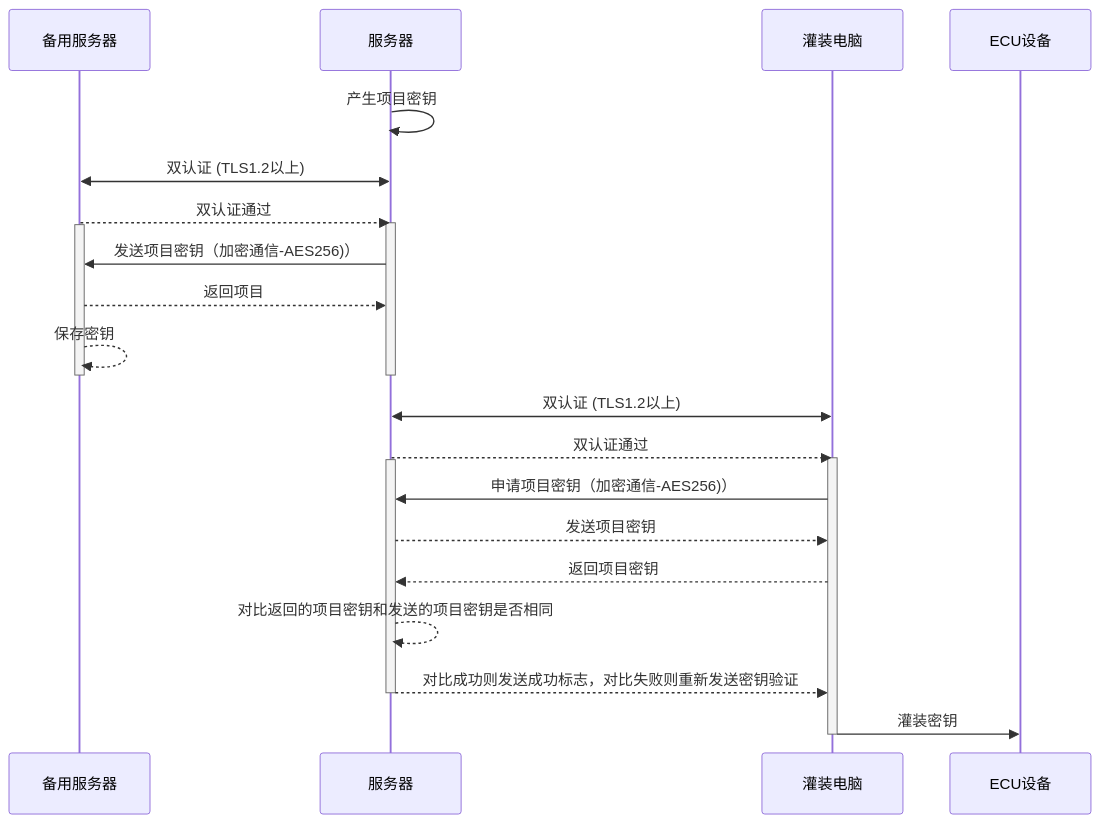
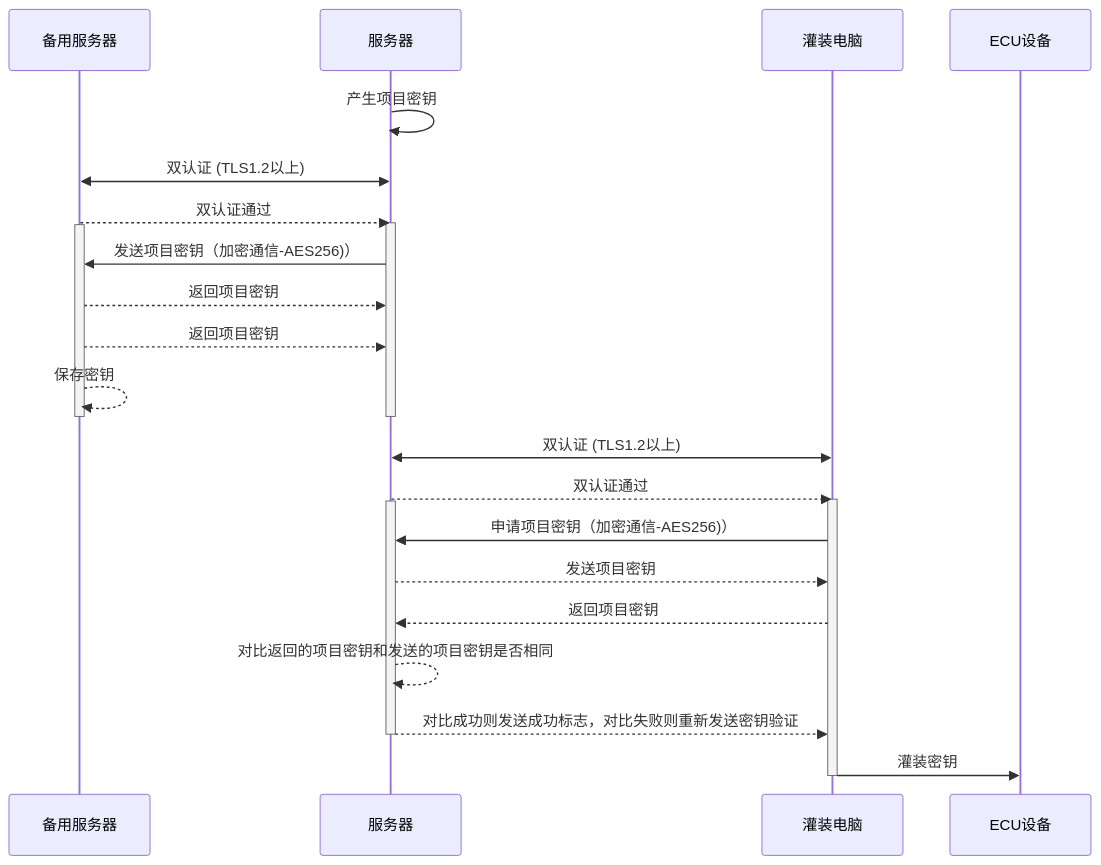
Before and after one commit to facebook-cloud/iodraw-files: the diagram in all/未命名-10.md, drawn with Mermaid.

Commit message:
2026-01-15 11:27:07 update

````diff
--- a/all/未命名-10.md
+++ b/all/未命名-10.md
@@ -1,32 +1,33 @@
 ```mermaid
 sequenceDiagram
     participant B as 备用服务器
     participant A as 服务器
     participant C as 灌装电脑
     participant D as ECU设备
 
     A->>A: 产生项目密钥
     A<<->>B: 双认证 (TLS1.2以上)
     B-->>A: 双认证通过
     activate A
     activate B
     A->>B: 发送项目密钥（加密通信-AES256)）
-    B-->>A: 返回项目
+    B-->>A: 返回项目密钥
+    B-->>A: 返回项目密钥
     B-->>B: 保存密钥
     deactivate B
     deactivate A
 
     C<<->>A: 双认证 (TLS1.2以上)
     A-->>C: 双认证通过
     activate C
     activate A
     C->>A: 申请项目密钥（加密通信-AES256)）
     A-->>C: 发送项目密钥
     C-->>A: 返回项目密钥
     A-->>A: 对比返回的项目密钥和发送的项目密钥是否相同
     A-->>C: 对比成功则发送成功标志，对比失败则重新发送密钥验证
     deactivate A
     C->>D: 灌装密钥
     deactivate C
 
 ```
````
